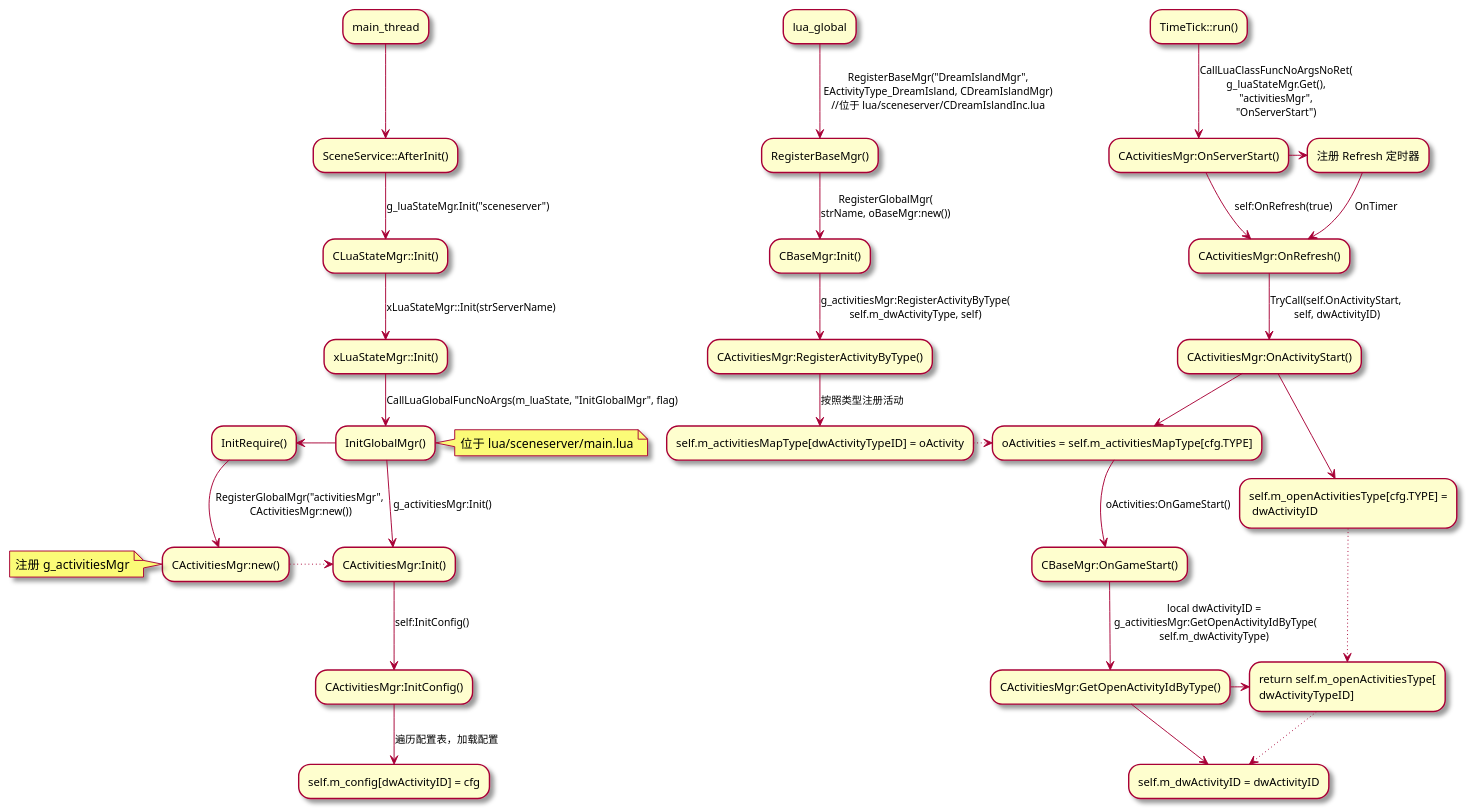
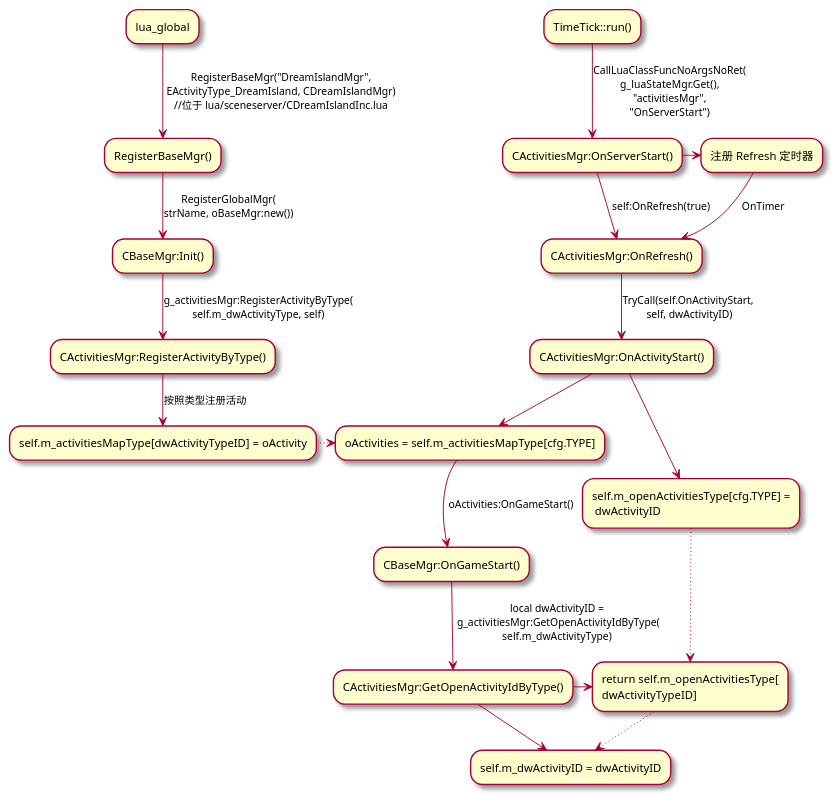
The diagram in src/hgame/lua/活动初始化流程.puml (mingleeShade/MyPlantUML), drawn with PlantUML before and after one commit. The commit also changed 1 other file, not shown here.

```diff
--- a/src/hgame/lua/活动初始化流程.puml
+++ b/src/hgame/lua/活动初始化流程.puml
@@ -1,44 +1,28 @@
 @startuml ActivityInit
 skin rose
-
-' 主线程
-main_thread --> "SceneService::AfterInit()" as scene_init
-scene_init -->[g_luaStateMgr.Init("sceneserver")] "CLuaStateMgr::Init()" as lua_state
-lua_state -->[xLuaStateMgr::Init(strServerName)] "xLuaStateMgr::Init()" as xlua
-xlua -->[CallLuaGlobalFuncNoArgs(m_luaState, "InitGlobalMgr", flag)] "InitGlobalMgr()" as InitGlobal
-note right: 位于 lua/sceneserver/main.lua
-
-InitGlobal -left-> "InitRequire()"
-
-"InitRequire()" --> [RegisterGlobalMgr("activitiesMgr",\n CActivitiesMgr:new())] "CActivitiesMgr:new()" as RegAct
-note left: 注册 g_activitiesMgr
-InitGlobal -->[g_activitiesMgr:Init()] "CActivitiesMgr:Init()" as ActInit
-RegAct .> ActInit
-ActInit -->[self:InitConfig()] "CActivitiesMgr:InitConfig()" as ActInitCfg
-ActInitCfg -->[遍历配置表，加载配置] "self.m_config[dwActivityID] = cfg"
 
 ' lua
 lua_global -->[RegisterBaseMgr("DreamIslandMgr",\n EActivityType_DreamIsland, CDreamIslandMgr) \n//位于 lua/sceneserver/CDreamIslandInc.lua] "RegisterBaseMgr()" as RegBase
 RegBase -->[RegisterGlobalMgr(\nstrName, oBaseMgr:new())] "CBaseMgr:Init()" as BaseMgrInit
 BaseMgrInit -->[g_activitiesMgr:RegisterActivityByType(\nself.m_dwActivityType, self)] "CActivitiesMgr:RegisterActivityByType()" as RegActType
 RegActType -->[按照类型注册活动] "self.m_activitiesMapType[dwActivityTypeID] = oActivity" as SetAct
 
 "TimeTick::run()" -->[CallLuaClassFuncNoArgsNoRet(\ng_luaStateMgr.Get(),\n"activitiesMgr",\n"OnServerStart")] "CActivitiesMgr:OnServerStart()" as ActMgrStart
 ActMgrStart -->[self:OnRefresh(true)] "CActivitiesMgr:OnRefresh()" as Ref
 ActMgrStart -> "注册 Refresh 定时器" as RefTimer
 RefTimer -->[OnTimer] Ref
 
 Ref -->[TryCall(self.OnActivityStart,\n self, dwActivityID)] "CActivitiesMgr:OnActivityStart()" as ActStart
 ActStart --> "self.m_openActivitiesType[cfg.TYPE] =\n dwActivityID" as SetOpenActID
 ActStart --> "oActivities = self.m_activitiesMapType[cfg.TYPE]" as GetAct
 SetAct .>GetAct
 GetAct -->[oActivities:OnGameStart()] "CBaseMgr:OnGameStart()" as BaseStart
 
 BaseStart -->[local dwActivityID =\n g_activitiesMgr:GetOpenActivityIdByType(\nself.m_dwActivityType)] "CActivitiesMgr:GetOpenActivityIdByType()" as GetType
 GetType -> "return self.m_openActivitiesType[\ndwActivityTypeID]" as RetActID
 SetOpenActID ..> RetActID
 GetType --> "self.m_dwActivityID = dwActivityID" as SetID
 RetActID ..> SetID
 
 
 @enduml
```
